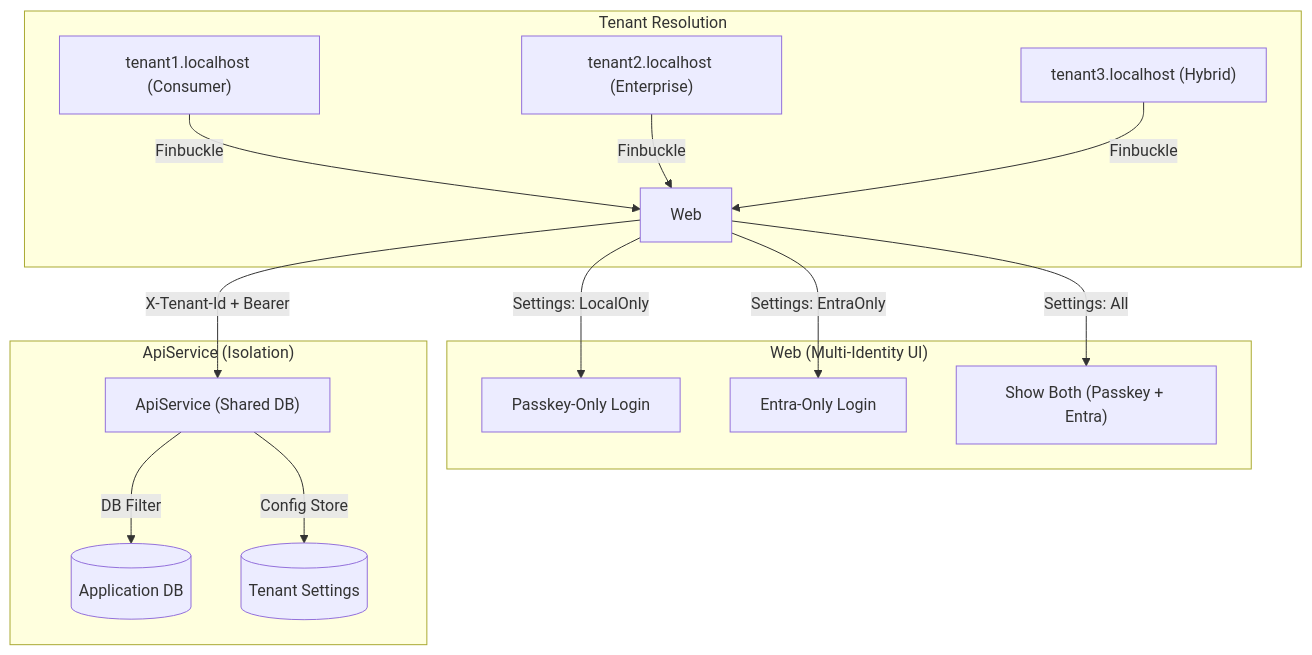
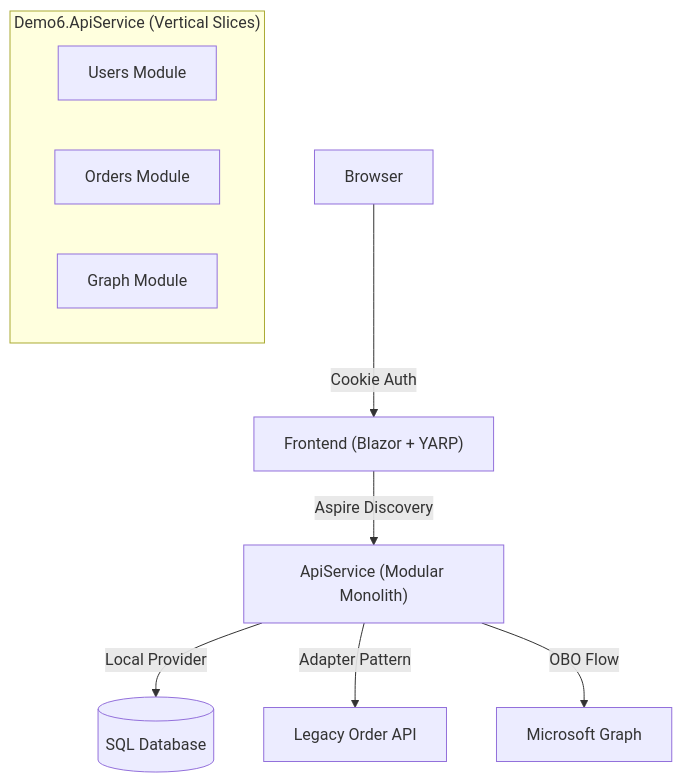
One commit to arisng/dotnet10-demo changed the diagram in demo6/README.md. Above: the diagram before and after it, drawn with Mermaid.

Commit message:
docs(demo6): refine README

````diff
--- a/demo6/README.md
+++ b/demo6/README.md
@@ -10,21 +10,14 @@
 ```mermaid
 graph TD
-    subgraph "Tenant Resolution"
-        Host1["tenant1.localhost (Consumer)"] -->|"Finbuckle"| Web
-        Host2["tenant2.localhost (Enterprise)"] -->|"Finbuckle"| Web
-        Host3["tenant3.localhost (Hybrid)"] -->|"Finbuckle"| Web
-    end
+    User[Browser] -->|"Cookie Auth"| Web["Frontend (Blazor + YARP)"]
+    Web -->|"Aspire Discovery"| Api["ApiService (Modular Monolith)"]
+    Api -->|"Local Provider"| DB[(SQL Database)]
+    Api -->|"Adapter Pattern"| Legacy["Legacy Order API"]
+    Api -->|"OBO Flow"| Graph["Microsoft Graph"]
 
-    subgraph "Web (Multi-Identity UI)"
-        Web -->|"Settings: LocalOnly"| UI1["Passkey-Only Login"]
-        Web -->|"Settings: EntraOnly"| UI2["Entra-Only Login"]
-        Web -->|"Settings: All"| UI3["Show Both (Passkey + Entra)"]
-    end
-    
-    Web -->|"X-Tenant-Id + Bearer"| Api["ApiService (Shared DB)"]
-    
-    subgraph "ApiService (Isolation)"
-        Api -->|"DB Filter"| DB[(Application DB)]
-        Api -->|"Config Store"| Settings[(Tenant Settings)]
+    subgraph "Demo6.ApiService (Vertical Slices)"
+        UsersModule[Users Module]
+        OrdersModule[Orders Module]
+        GraphModule[Graph Module]
     end
 ```
````
